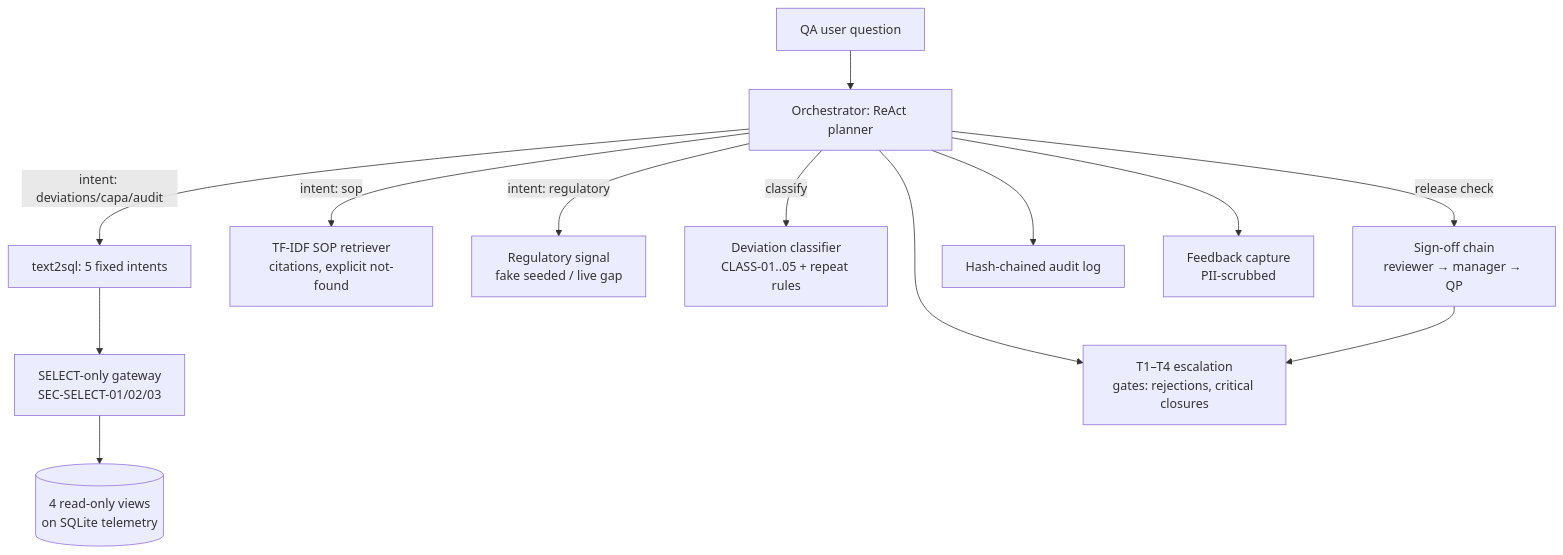
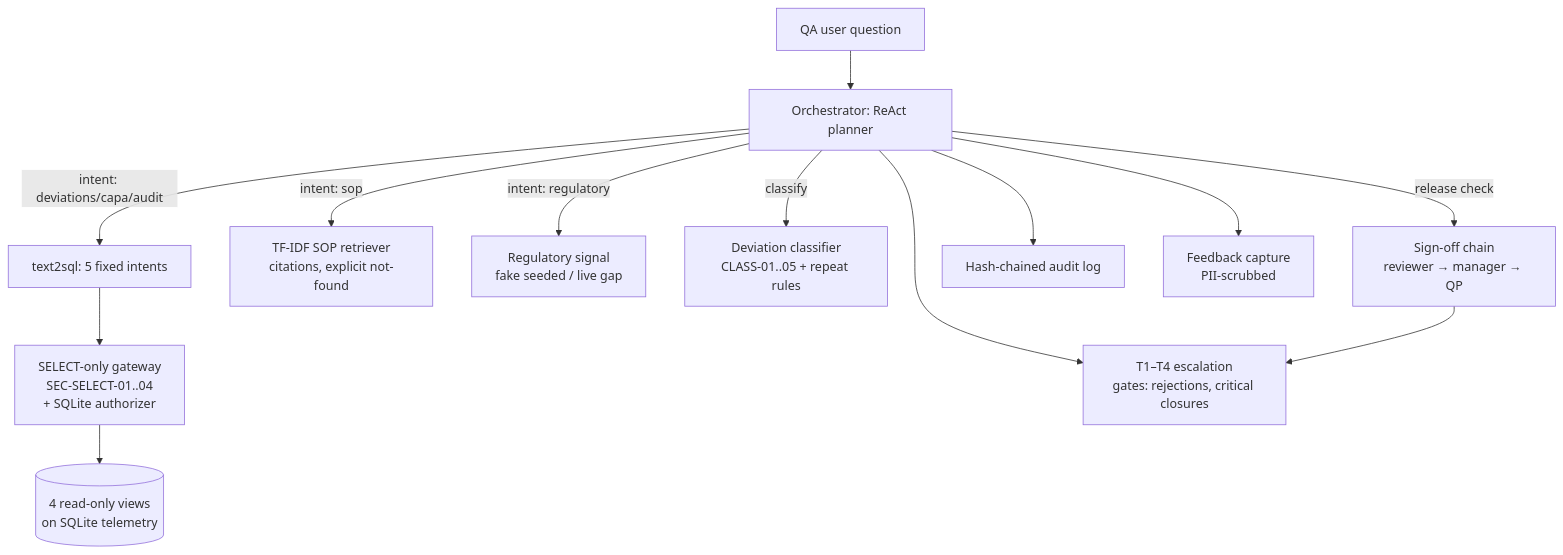
Before and after one commit to jagadishmazure-jpg/Jagadish-pharma-qa-agents: the diagram in knowledge/architecture.md, drawn with Mermaid. The commit also changed other lines of this file and 23 other files, not shown here.

First line of the commit message:
Standardize: CI, security files, gateway authorizer backstop, review fixes

````diff
--- a/knowledge/architecture.md
+++ b/knowledge/architecture.md
@@ -3,15 +3,15 @@
 ```mermaid
 flowchart TD
     U[QA user question] --> O[Orchestrator: ReAct planner]
     O -->|intent: deviations/capa/audit| T[text2sql: 5 fixed intents]
-    T --> G[SELECT-only gateway<br/>SEC-SELECT-01/02/03]
+    T --> G[SELECT-only gateway<br/>SEC-SELECT-01..04<br/>+ SQLite authorizer]
     G --> V[(4 read-only views<br/>on SQLite telemetry)]
     O -->|intent: sop| R[TF-IDF SOP retriever<br/>citations, explicit not-found]
     O -->|intent: regulatory| S[Regulatory signal<br/>fake seeded / live gap]
     O -->|classify| C[Deviation classifier<br/>CLASS-01..05 + repeat rules]
     O -->|release check| B[Sign-off chain<br/>reviewer → manager → QP]
     O --> E[T1–T4 escalation<br/>gates: rejections, critical closures]
     O --> A[Hash-chained audit log]
     O --> F[Feedback capture<br/>PII-scrubbed]
     B --> E
 ```
````
